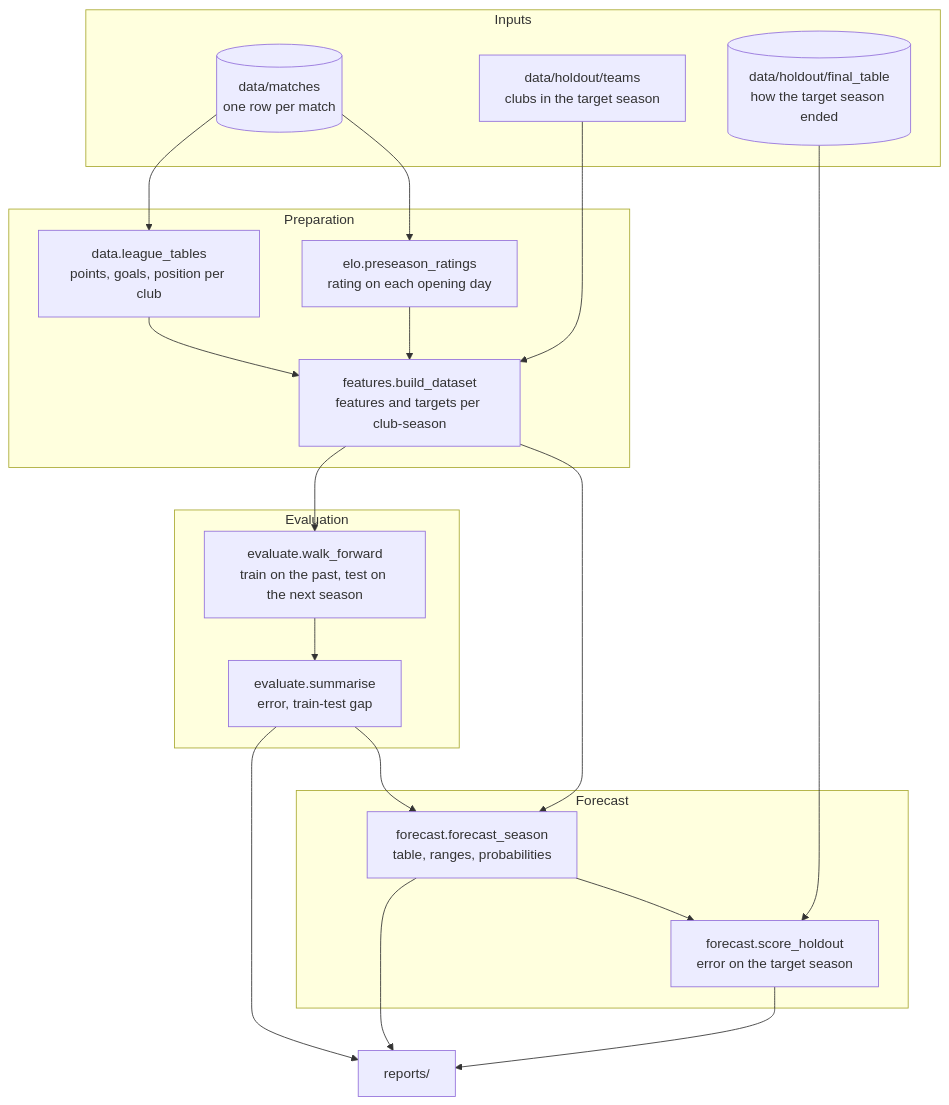
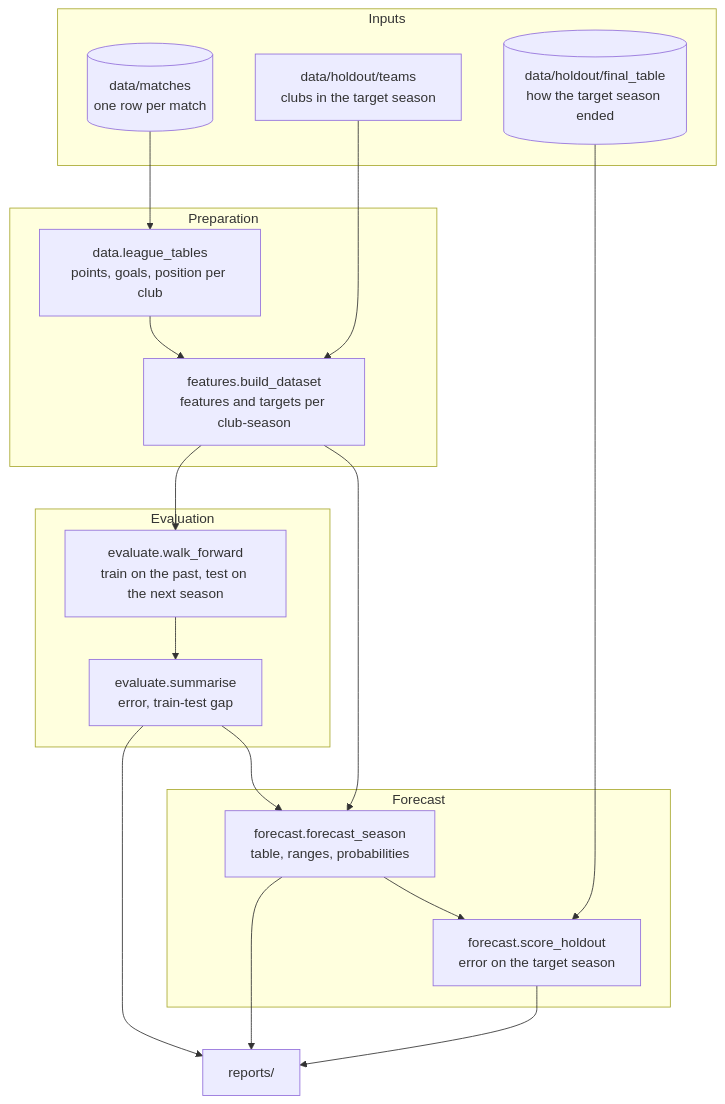
The diagram in docs/architecture.md (sal2049/saudi-pro-league-forecast), drawn with Mermaid before and after one commit. The commit also changed other lines of this file and 18 other files, not shown here.

````diff
--- a/docs/architecture.md
+++ b/docs/architecture.md
@@ -5,34 +5,32 @@
 ```mermaid
 flowchart TB
     subgraph inputs [Inputs]
         M[("data/matches<br/>one row per match")]
         C["data/holdout/teams<br/>clubs in the target season"]
         R[("data/holdout/final_table<br/>how the target season ended")]
     end
 
     subgraph prep [Preparation]
         T["data.league_tables<br/>points, goals, position per club"]
-        E["elo.preseason_ratings<br/>rating on each opening day"]
         F["features.build_dataset<br/>features and targets per club-season"]
     end
 
     subgraph eval [Evaluation]
         W["evaluate.walk_forward<br/>train on the past, test on the next season"]
         S["evaluate.summarise<br/>error, train-test gap"]
     end
 
     subgraph out [Forecast]
         P["forecast.forecast_season<br/>table, ranges, probabilities"]
         H["forecast.score_holdout<br/>error on the target season"]
     end
 
     M --> T --> F
-    M --> E --> F
     C --> F
     F --> W --> S --> P
     F --> P --> H
     R --> H
     S --> O["reports/"]
     P --> O
     H --> O
 ```
````
